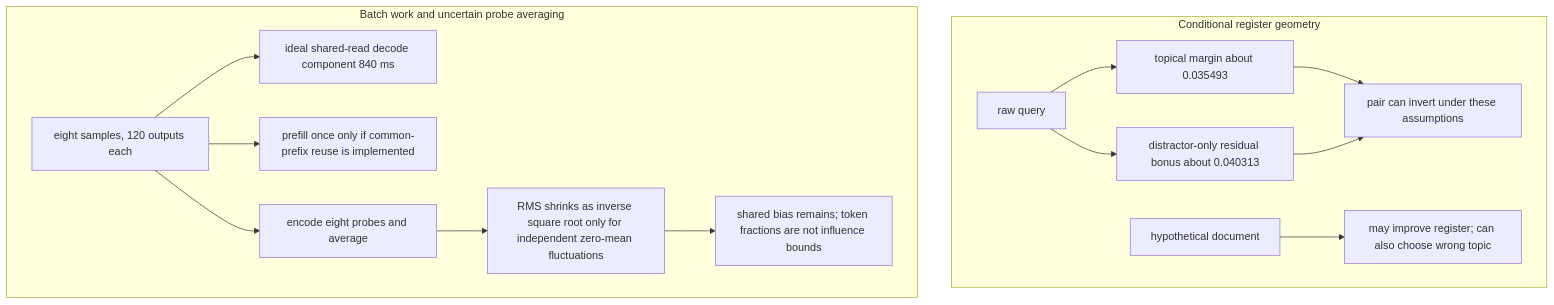
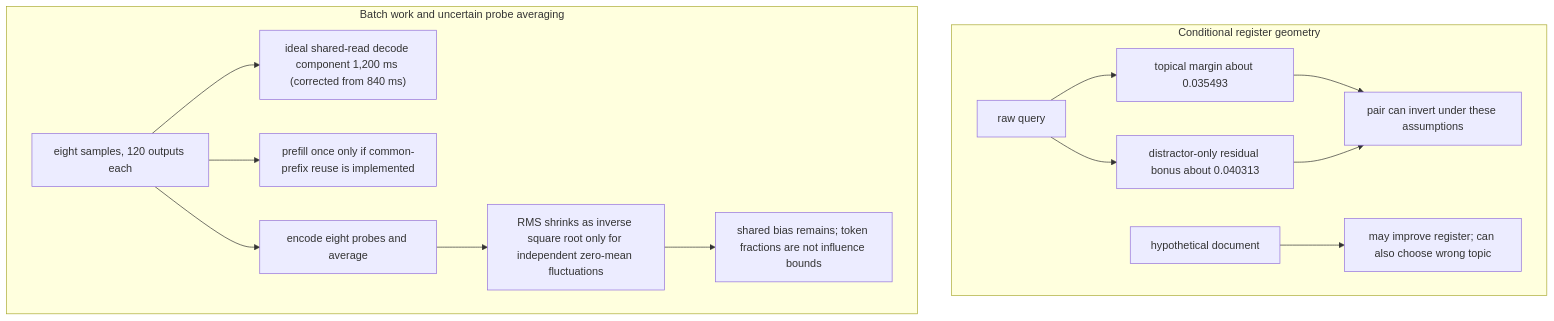
The sixth of 6 diagrams in book/part-07-query-control/24_query_reformulation.md (arunshar/RAG-Interview-Notion-Markdown), drawn with Mermaid before and after one commit. The commit also changed other lines of this file and 30 other files, not shown here.

````diff
--- a/book/part-07-query-control/24_query_reformulation.md
+++ b/book/part-07-query-control/24_query_reformulation.md
@@ -644,17 +644,17 @@
 ```mermaid
 flowchart TB
   subgraph A["Conditional register geometry"]
     Q["raw query"] --> M["topical margin about 0.035493"]
     Q --> B["distractor-only residual bonus about 0.040313"]
     M --> INV["pair can invert under these assumptions"]
     B --> INV
     H["hypothetical document"] --> V["may improve register; can also choose wrong topic"]
   end
   subgraph BATCH["Batch work and uncertain probe averaging"]
-    G["eight samples, 120 outputs each"] --> W["ideal shared-read decode component 840 ms"]
+    G["eight samples, 120 outputs each"] --> W["ideal shared-read decode component 1,200 ms (corrected from 840 ms)"]
     G --> P["prefill once only if common-prefix reuse is implemented"]
     G --> E["encode eight probes and average"]
     E --> R["RMS shrinks as inverse square root only for independent zero-mean fluctuations"]
     R --> BI["shared bias remains; token fractions are not influence bounds"]
   end
 ```
````
